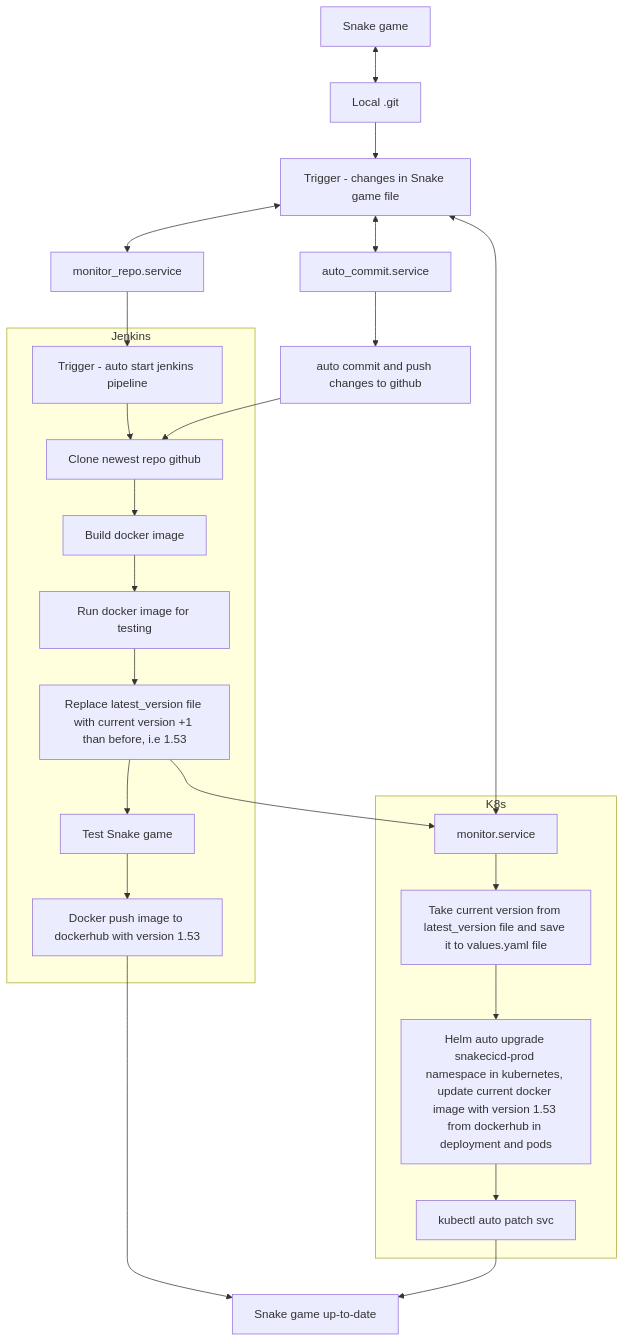
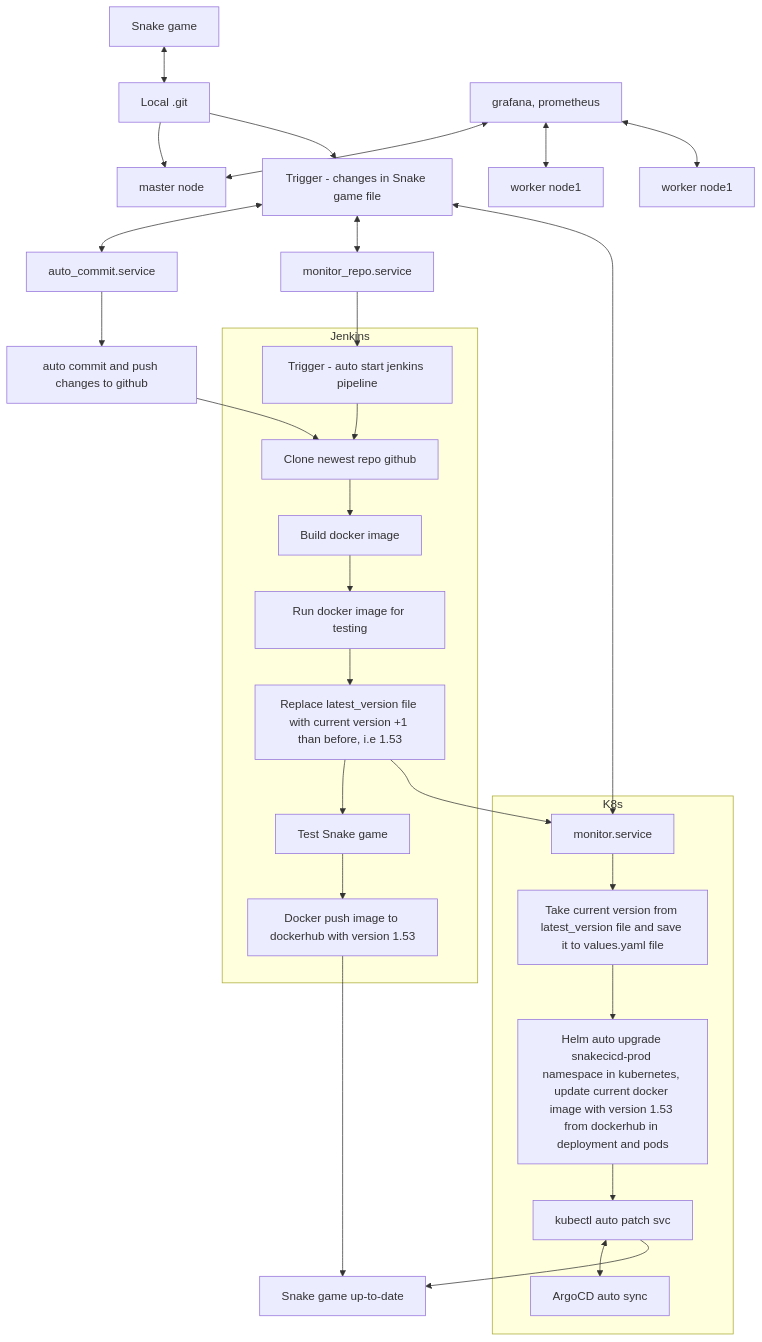
Before and after one commit to DanyAAD90/snakecicd: the diagram in README.md, drawn with Mermaid.

Commit message:
Updated file: /home/tms_master_1/snake/.git/index.lock

````diff
--- a/README.md
+++ b/README.md
@@ -18,27 +18,32 @@
 ```mermaid
 flowchart TD
 A1[Snake game] <--> A[Local .git]
+A --> A2[master node]
+A5[grafana, prometheus] <--> A2
+A5 <--> A3[worker node1]
+A5 <--> A4[worker node1]
 E <--> B[auto_commit.service]
 E <--> C[monitor_repo.service]
 E <--> D[monitor.service]
 A --> E[Trigger - changes in Snake game file]
 B --> F[auto commit and push changes to github]
 C --> G[Trigger - auto start jenkins pipeline]
 subgraph Jenkins
 G --> H[Clone newest repo github]
 H --> I[Build docker image]
 I --> J[Run docker image for testing]
 J --> K[Replace latest_version file with current version +1 than before, i.e 1.53]
 K --> L[Test Snake game]
 L --> M[Docker push image to dockerhub with version 1.53]
 end
 subgraph K8s
 D --> N[Take current version from latest_version file and save it to values.yaml file]
 N --> O[Helm auto upgrade snakecicd-prod namespace in kubernetes, update current docker image with version 1.53 from dockerhub in deployment and pods]
 O --> P[kubectl auto patch svc]
+P <--> S[ArgoCD auto sync]
 end
 M --> R[Snake game up-to-date]
 F --> H
 P --> R
 K --> D
 ```
````
